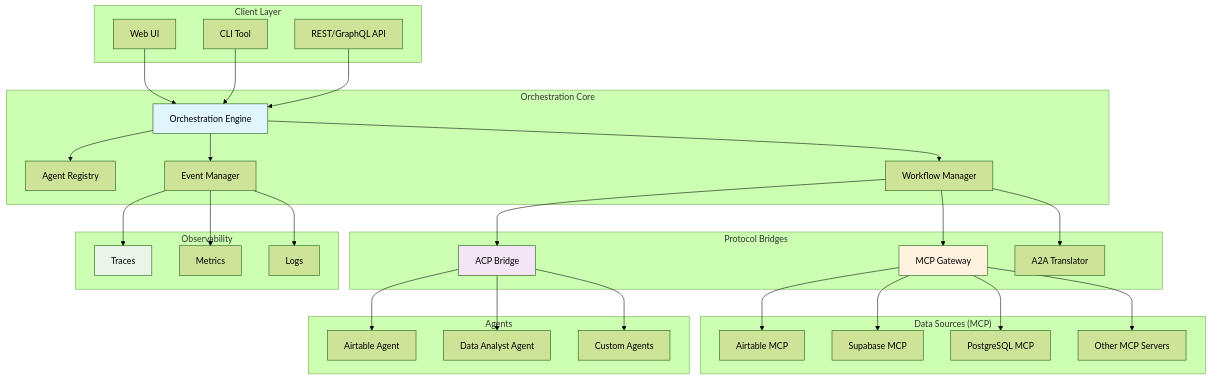
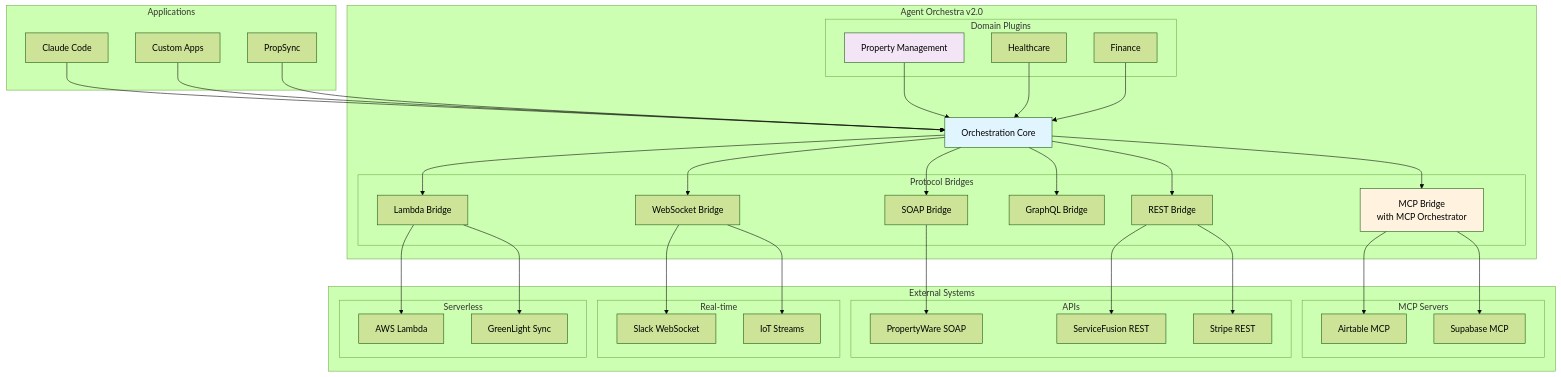
Before and after one commit to rashidazarang/agent-orchestra: the diagram in README.md, drawn with Mermaid (forest theme). The commit also changed other lines of this file, not shown here.

First line of the commit message:
Release Agent Orchestra v2.0.0 🚀

````diff
--- a/README.md
+++ b/README.md
@@ -29,70 +45,79 @@
 ```mermaid
 graph TB
-    subgraph "Client Layer"
-        UI[Web UI]
-        CLI[CLI Tool]
-        API[REST/GraphQL API]
+    subgraph "Applications"
+        APP1[Claude Code]
+        APP2[Custom Apps]
+        APP3[PropSync]
     end
     
-    subgraph "Orchestration Core"
-        OE[Orchestration Engine]
-        AR[Agent Registry]
-        WM[Workflow Manager]
-        EM[Event Manager]
+    subgraph "Agent Orchestra v2.0"
+        CORE[Orchestration Core]
+        
+        subgraph "Protocol Bridges"
+            MCP[MCP Bridge<br/>with MCP Orchestrator]
+            REST[REST Bridge]
+            SOAP[SOAP Bridge]
+            GQL[GraphQL Bridge]
+            WS[WebSocket Bridge]
+            LAMBDA[Lambda Bridge]
+        end
+        
+        subgraph "Domain Plugins"
+            PM[Property Management]
+            HC[Healthcare]
+            FIN[Finance]
+        end
     end
     
-    subgraph "Protocol Bridges"
-        MCP[MCP Gateway]
-        ACP[ACP Bridge]
-        A2A[A2A Translator]
+    subgraph "External Systems"
+        subgraph "MCP Servers"
+            AIR[Airtable MCP]
+            SUPA[Supabase MCP]
+        end
+        
+        subgraph "APIs"
+            PW[PropertyWare SOAP]
+            SF[ServiceFusion REST]
+            STRIPE[Stripe REST]
+        end
+        
+        subgraph "Real-time"
+            SLACK[Slack WebSocket]
+            IOT[IoT Streams]
+        end
+        
+        subgraph "Serverless"
+            AWS[AWS Lambda]
+            SYNC[GreenLight Sync]
+        end
     end
     
-    subgraph "Data Sources (MCP)"
-        AT[Airtable MCP]
-        SB[Supabase MCP]
-        PG[PostgreSQL MCP]
-        MORE[Other MCP Servers]
-    end
+    APP1 --> CORE
+    APP2 --> CORE
+    APP3 --> CORE
     
-    subgraph "Agents"
-        AA[Airtable Agent]
-        DA[Data Analyst Agent]
-        CA[Custom Agents]
-    end
+    CORE --> MCP
+    CORE --> REST
+    CORE --> SOAP
+    CORE --> GQL
+    CORE --> WS
+    CORE --> LAMBDA
     
-    subgraph "Observability"
-        TR[Traces]
-        MT[Metrics]
-        LG[Logs]
-    end
+    MCP --> AIR
+    MCP --> SUPA
+    REST --> SF
+    REST --> STRIPE
+    SOAP --> PW
+    WS --> SLACK
+    WS --> IOT
+    LAMBDA --> AWS
+    LAMBDA --> SYNC
     
-    UI --> OE
-    CLI --> OE
-    API --> OE
+    PM --> CORE
+    HC --> CORE
+    FIN --> CORE
     
-    OE --> AR
-    OE --> WM
-    OE --> EM
-    
-    WM --> MCP
-    WM --> ACP
-    WM --> A2A
-    
-    MCP --> AT
-    MCP --> SB
-    MCP --> PG
-    MCP --> MORE
-    
-    ACP --> AA
-    ACP --> DA
-    ACP --> CA
-    
-    EM --> TR
-    EM --> MT
-    EM --> LG
-    
-    style OE fill:#e1f5fe
+    style CORE fill:#e1f5fe
     style MCP fill:#fff3e0
-    style ACP fill:#f3e5f5
-    style TR fill:#e8f5e8
+    style PM fill:#f3e5f5
 ```
````
